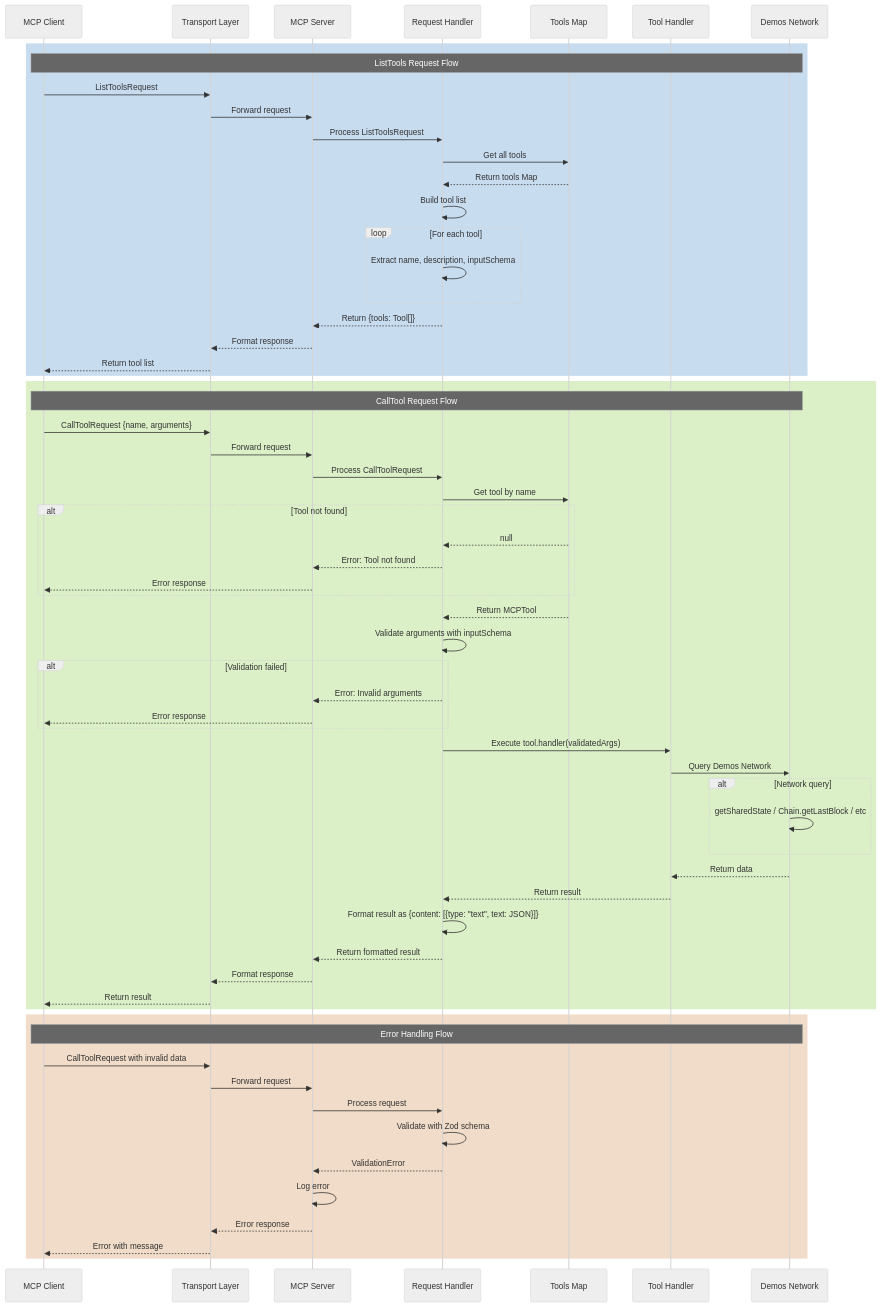
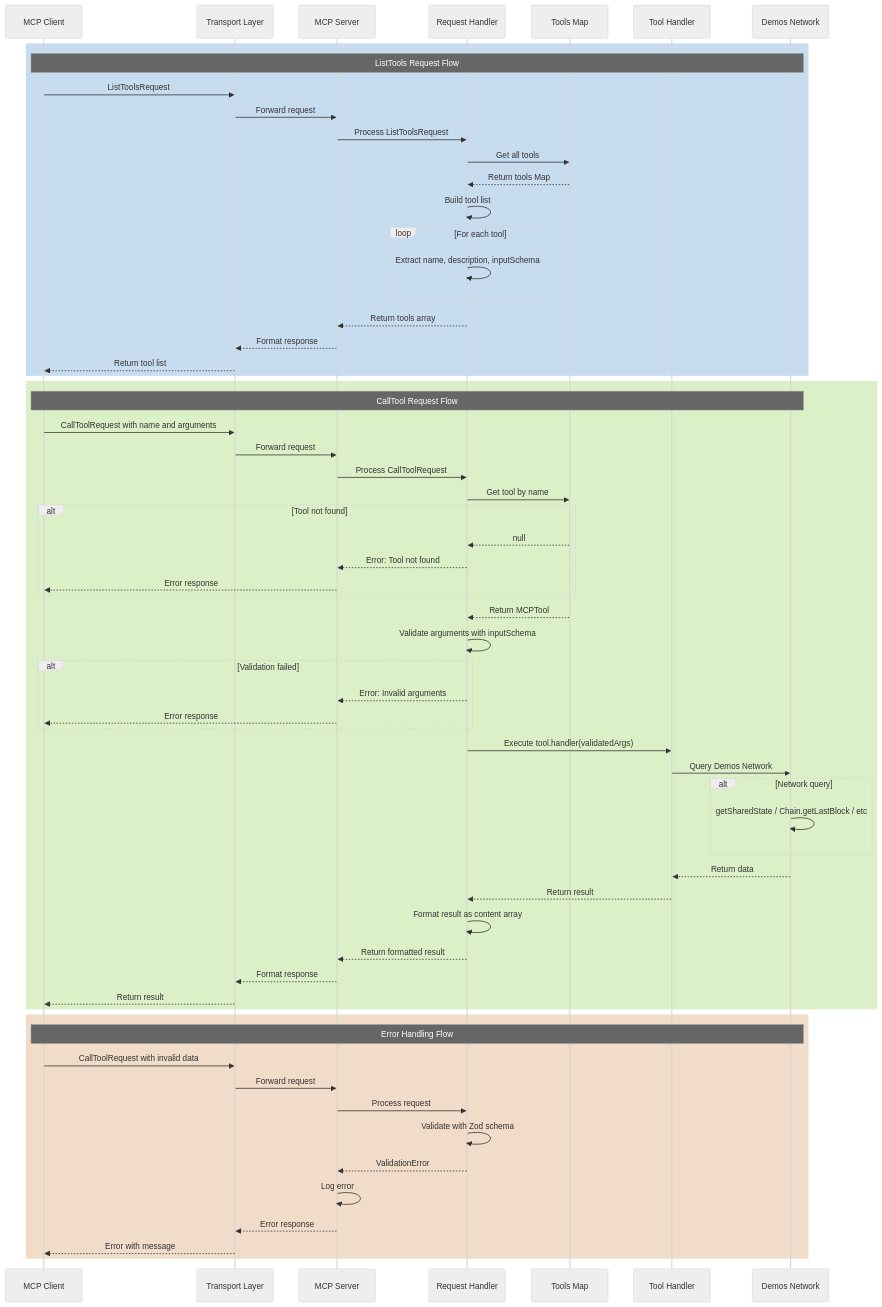
The fifth of 10 diagrams in mcp/MCP_PROTOCOL.md (kynesyslabs/demos_network_technical_documentation), drawn with Mermaid (neutral theme) before and after one commit. The commit also changed other lines of this file and 24 other files, not shown here.

````diff
--- a/mcp/MCP_PROTOCOL.md
+++ b/mcp/MCP_PROTOCOL.md
@@ -321,68 +321,68 @@
 ```mermaid
 sequenceDiagram
     participant Client as MCP Client
     participant Transport as Transport Layer
     participant Server as MCP Server
     participant Handler as Request Handler
     participant ToolMap as Tools Map
     participant Tool as Tool Handler
     participant Demos as Demos Network
 
     rect rgb(200, 220, 240)
         Note over Client,Demos: ListTools Request Flow
         Client->>Transport: ListToolsRequest
         Transport->>Server: Forward request
         Server->>Handler: Process ListToolsRequest
         Handler->>ToolMap: Get all tools
         ToolMap-->>Handler: Return tools Map
         Handler->>Handler: Build tool list
         loop For each tool
             Handler->>Handler: Extract name, description, inputSchema
         end
-        Handler-->>Server: Return {tools: Tool[]}
+        Handler-->>Server: Return tools array
         Server-->>Transport: Format response
         Transport-->>Client: Return tool list
     end
 
     rect rgb(220, 240, 200)
         Note over Client,Demos: CallTool Request Flow
-        Client->>Transport: CallToolRequest {name, arguments}
+        Client->>Transport: CallToolRequest with name and arguments
         Transport->>Server: Forward request
         Server->>Handler: Process CallToolRequest
         Handler->>ToolMap: Get tool by name
         alt Tool not found
             ToolMap-->>Handler: null
             Handler-->>Server: Error: Tool not found
             Server-->>Client: Error response
         end
         ToolMap-->>Handler: Return MCPTool
         Handler->>Handler: Validate arguments with inputSchema
         alt Validation failed
             Handler-->>Server: Error: Invalid arguments
             Server-->>Client: Error response
         end
         Handler->>Tool: Execute tool.handler(validatedArgs)
         Tool->>Demos: Query Demos Network
         alt Network query
             Demos->>Demos: getSharedState / Chain.getLastBlock / etc
         end
         Demos-->>Tool: Return data
         Tool-->>Handler: Return result
-        Handler->>Handler: Format result as {content: [{type: "text", text: JSON}]}
+        Handler->>Handler: Format result as content array
         Handler-->>Server: Return formatted result
         Server-->>Transport: Format response
         Transport-->>Client: Return result
     end
 
     rect rgb(240, 220, 200)
         Note over Client,Demos: Error Handling Flow
         Client->>Transport: CallToolRequest with invalid data
         Transport->>Server: Forward request
         Server->>Handler: Process request
         Handler->>Handler: Validate with Zod schema
         Handler-->>Server: ValidationError
         Server->>Server: Log error
         Server-->>Transport: Error response
         Transport-->>Client: Error with message
     end
 ```
````
